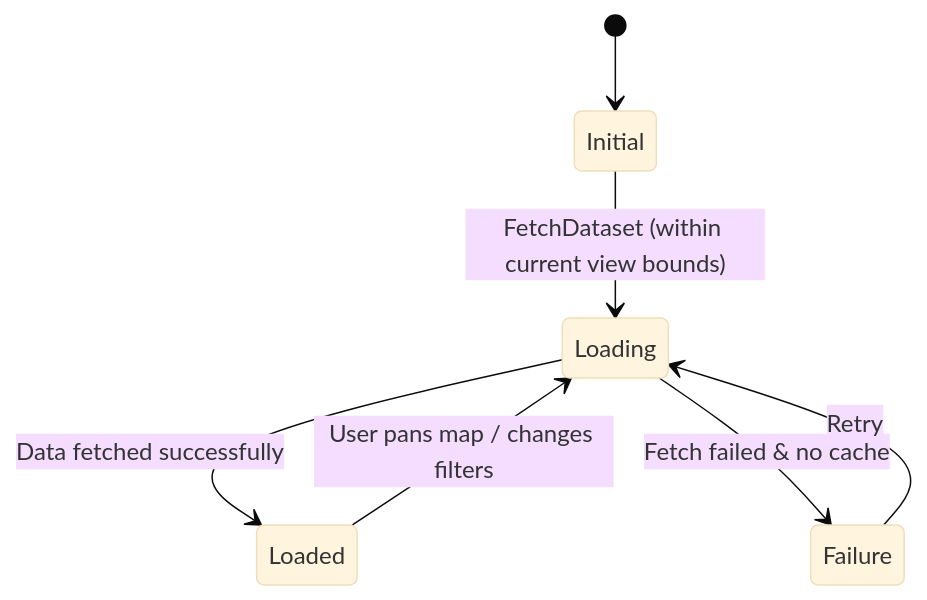
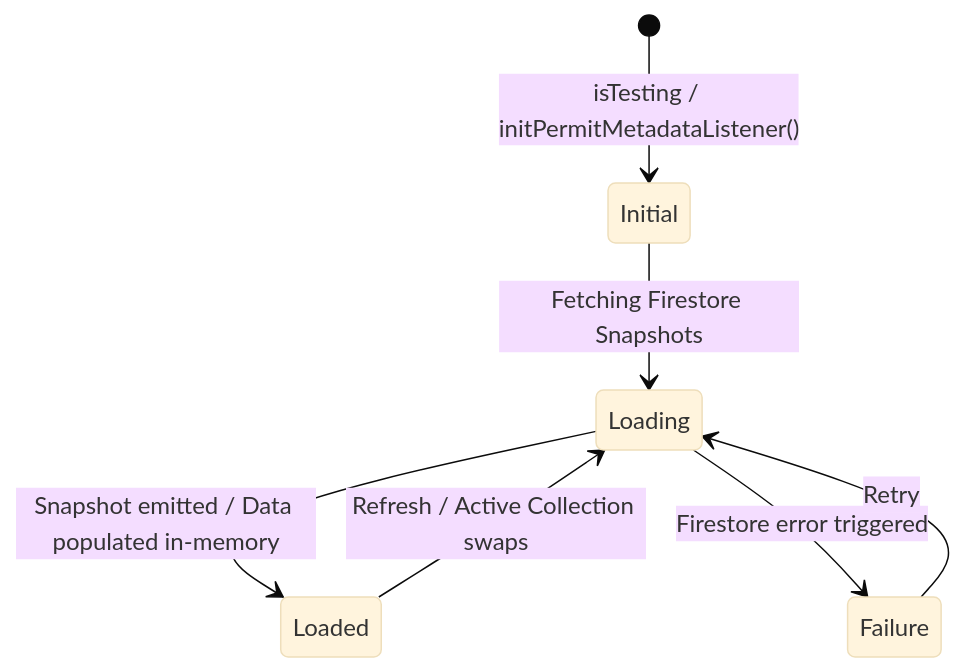
One commit to assafbz/PlainSightIL changed the third of 3 diagrams in .ai_context/architecture.md. Above: the diagram before and after it, drawn with Mermaid (base theme). The commit also changed other lines of this file and 7 other files, not shown here.

Commit message:
docs: realign system architecture and diagrams to Provider and SharedPreferences (Option C)

````diff
--- a/.ai_context/architecture.md
+++ b/.ai_context/architecture.md
@@ -224,9 +210,9 @@
 ```mermaid
 stateDiagram-v2
-    [*] --> Initial
-    Initial --> Loading : FetchDataset (within current view bounds)
-    Loading --> Loaded : Data fetched successfully
-    Loading --> Failure : Fetch failed & no cache
-    Loaded --> Loading : User pans map / changes filters
+    [*] --> Initial : isTesting / initPermitMetadataListener()
+    Initial --> Loading : Fetching Firestore Snapshots
+    Loading --> Loaded : Snapshot emitted / Data populated in-memory
+    Loading --> Failure : Firestore error triggered
+    Loaded --> Loading : Refresh / Active Collection swaps
     Failure --> Loading : Retry
 ```
````
